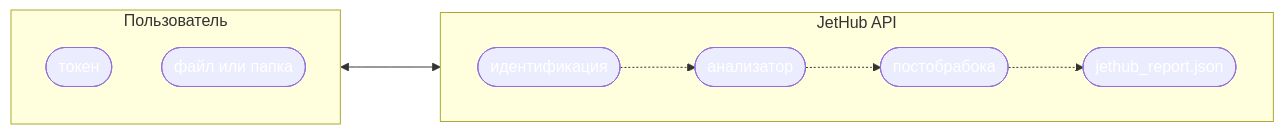
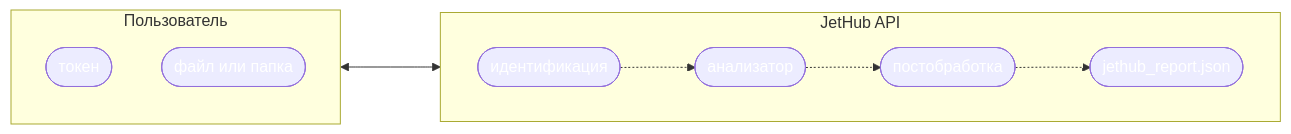
The diagram in docs/index.md (jethub-tech/docs.jethub.pro), drawn with Mermaid before and after one commit. The commit also changed other lines of this file, not shown here.

Commit message:
little bit update

````diff
--- a/docs/index.md
+++ b/docs/index.md
@@ -3,40 +3,40 @@
 ``` mermaid
 %%{init: {"flowchart": {"htmlLabels": false}} }%%
 flowchart LR
     subgraph CLIENT [Пользователь]
         style CLIENT color:#fff
         direction TB
 
         token([токен])
         style token color:#fff
 
         path([ файл или папка ])
         style path color:#fff
 
 
     end
 
     subgraph JETHUB_API [JetHub API]
         style JETHUB_API color:#fff
         direction LR
 
         identification([идентификация])
         style identification color:#fff
 
         analizator([анализатор])
         style analizator color:#fff
 
-        post_processing([постобрабока])
+        post_processing([постобработка])
         style post_processing color:#fff
 
         report([jethub_report.json])
         style report color:#fff
 
         identification -.-> analizator
         analizator -.-> post_processing
         post_processing -.-> report
 
     end
 
     CLIENT <---> JETHUB_API
 ```
````
